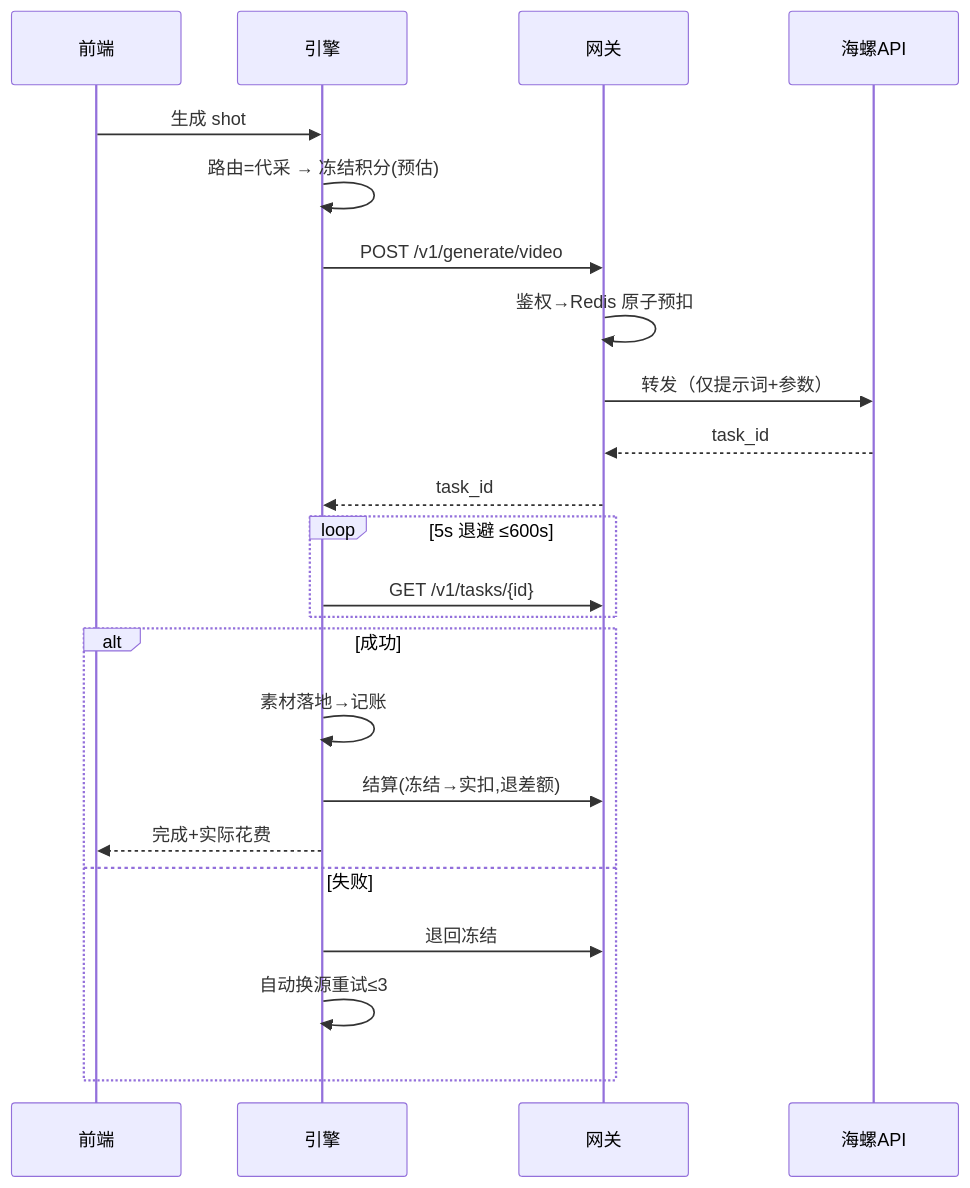
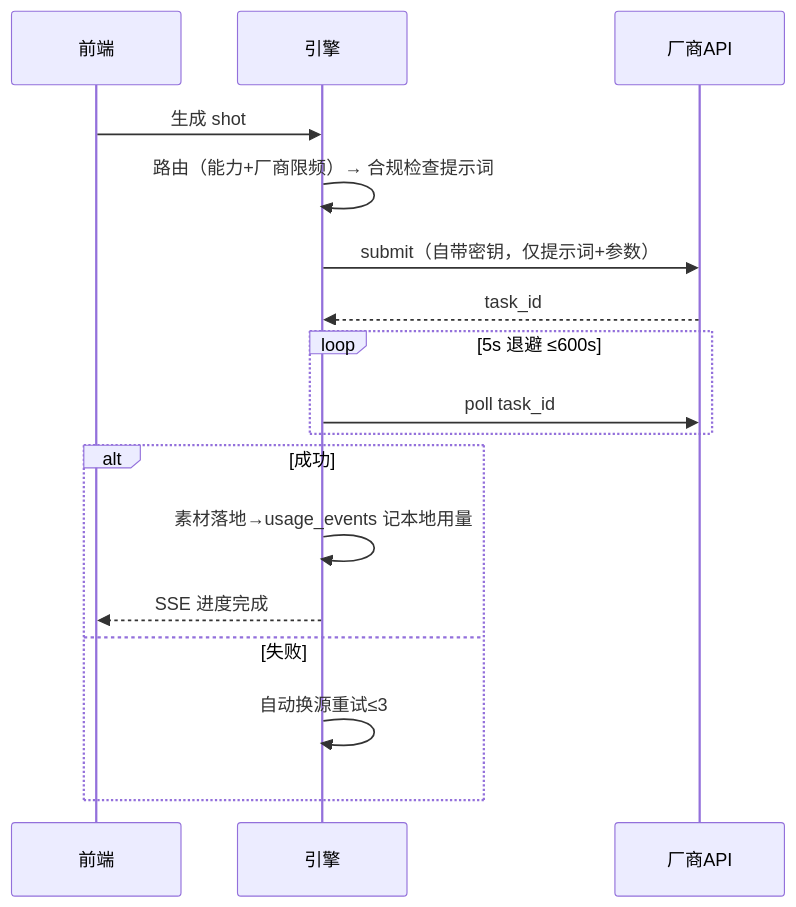
Before and after one commit to kujirashark/WhaleJu: the sixth of 9 diagrams in docs/鲸鲨漫剧-系统设计方案-合订本-v3.1.md, drawn with Mermaid. The commit also changed other lines of this file and 98 other files, not shown here.

````diff
--- a/docs/鲸鲨漫剧-系统设计方案-合订本-v3.1.md
+++ b/docs/鲸鲨漫剧-系统设计方案-合订本-v3.1.md
@@ -173,25 +171,19 @@
 ```mermaid
 sequenceDiagram
     participant UI as 前端
     participant EN as 引擎
-    participant GW as 网关
-    participant V as 海螺API
-    UI->>EN: 生成 shot#14（过场）
-    EN->>EN: 路由=代采 → 冻结积分(预估)
-    EN->>GW: POST /v1/generate/video
-    GW->>GW: 鉴权→Redis 原子预扣
-    GW->>V: 转发（仅提示词+参数）
-    V-->>GW: task_id
-    GW-->>EN: task_id
+    participant V as 厂商API
+    UI->>EN: 生成 shot#14
+    EN->>EN: 路由（能力+厂商限频）→ 合规检查提示词
+    EN->>V: submit（自带密钥，仅提示词+参数）
+    V-->>EN: task_id
     loop 5s 退避 ≤600s
-        EN->>GW: GET /v1/tasks/{id}
+        EN->>V: poll task_id
     end
     alt 成功
-        EN->>EN: 素材落地→记账
-        EN->>GW: 结算(冻结→实扣,退差额)
-        EN-->>UI: 完成+实际花费
+        EN->>EN: 素材落地→usage_events 记本地用量
+        EN-->>UI: SSE 进度完成
     else 失败
-        EN->>GW: 退回冻结
         EN->>EN: 自动换源重试≤3
     end
 ```
````
